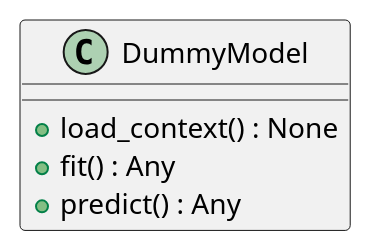
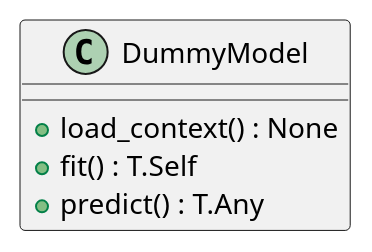
One commit to lgcorzo/llmops-python-package changed the first of 6 diagrams in openwiki/modules/tests/registry/adapters/test_mlflow_adapter_security.md. Above: the diagram before and after it, drawn with PlantUML. The commit also changed other lines of this file and 155 other files, not shown here.

````diff
--- a/openwiki/modules/tests/registry/adapters/test_mlflow_adapter_security.md
+++ b/openwiki/modules/tests/registry/adapters/test_mlflow_adapter_security.md
@@ -57,9 +66,9 @@
 ```plantuml
 @startuml
     class DummyModel {
         +load_context() : None
-        +fit() : Any
-        +predict() : Any
+        +fit() : T.Self
+        +predict() : T.Any
     }
 @enduml
 ```
````
